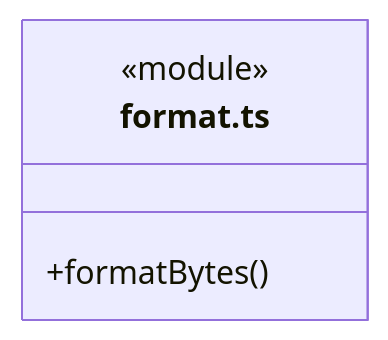
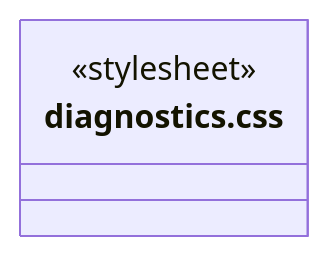
Before and after one commit to nan023062/cbim: the first of 3 diagrams in src/frontend/diagnostics/ARCHITECTURE.md, drawn with Mermaid. The commit also changed other lines of this file and 211 other files, not shown here.

````diff
--- a/src/frontend/diagnostics/ARCHITECTURE.md
+++ b/src/frontend/diagnostics/ARCHITECTURE.md
@@ -21,7 +20,6 @@
 ```mermaid
 classDiagram
-class N_src_frontend_diagnostics_format_ts["format.ts"] {
-  <<module>>
-  +formatBytes()
+class N_src_frontend_diagnostics_diagnostics_css["diagnostics.css"] {
+  <<stylesheet>>
 }
 ```
````
